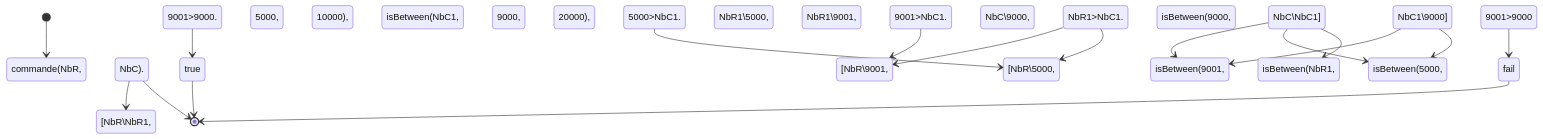
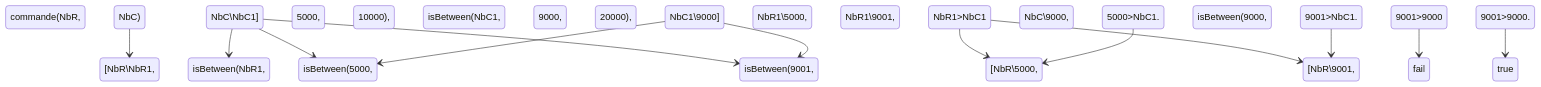
The diagram in TP1/cr_tp1.md (rht48/TP_Prog_Contraintes), drawn with Mermaid before and after one commit.

````diff
--- a/TP1/cr_tp1.md
+++ b/TP1/cr_tp1.md
@@ -124,22 +124,18 @@
 ```mermaid
 stateDiagram
-    [*] --> commande(NbR, NbC).
-    commande(NbR, NbC). --> [*]
-    commande(NbR, NbC). --> [NbR\NbR1, NbC\NbC1]
-    [NbR\NbR1, NbC\NbC1] --> isBetween(NbR1, 5000, 10000), isBetween(NbC1, 9000, 20000), NbR1>NbC1.
-    isBetween(NbR1, 5000, 10000), isBetween(NbC1, 9000, 20000), NbR1>NbC1. --> [NbR\5000, NbR1\5000, NbC\NbC1]
-    isBetween(NbR1, 5000, 10000), isBetween(NbC1, 9000, 20000), NbR1>NbC1. --> [NbR\9001, NbR1\9001, NbC\NbC1]
+    commande(NbR, NbC) --> [NbR\NbR1, NbC\NbC1]
+    [NbR\NbR1, NbC\NbC1] --> isBetween(NbR1, 5000, 10000), isBetween(NbC1, 9000, 20000), NbR1>NbC1
+    isBetween(NbR1, 5000, 10000), isBetween(NbC1, 9000, 20000), NbR1>NbC1 --> [NbR\5000, NbR1\5000, NbC\NbC1]
+    isBetween(NbR1, 5000, 10000), isBetween(NbC1, 9000, 20000), NbR1>NbC1 --> [NbR\9001, NbR1\9001, NbC\NbC1]
 
     [NbR\5000, NbR1\5000, NbC\NbC1] --> isBetween(5000, 5000, 10000), isBetween(NbC1, 9000, 20000), 5000>NbC1.
     isBetween(5000, 5000, 10000), isBetween(NbC1, 9000, 20000), 5000>NbC1. --> [NbR\5000, NbR1\5000, NbC\9000, NbC1\9000]
     [NbR\5000, NbR1\5000, NbC\9000, NbC1\9000] --> isBetween(5000, 5000, 10000), isBetween(9000, 9000, 20000), 9001>9000
     isBetween(5000, 5000, 10000), isBetween(9000, 9000, 20000), 9001>9000 --> fail
-    fail --> [*]
 
     [NbR\9001, NbR1\9001, NbC\NbC1] --> isBetween(9001, 5000, 10000), isBetween(NbC1, 9000, 20000), 9001>NbC1.
     isBetween(9001, 5000, 10000), isBetween(NbC1, 9000, 20000), 9001>NbC1. --> [NbR\9001, NbR1\9001, NbC\9000, NbC1\9000]
     [NbR\9001, NbR1\9001, NbC\9000, NbC1\9000] --> isBetween(9001, 5000, 10000), isBetween(9000, 9000, 20000), 9001>9000.
     isBetween(9001, 5000, 10000), isBetween(9000, 9000, 20000), 9001>9000. --> true
-    true --> [*]
 
 ```
````
